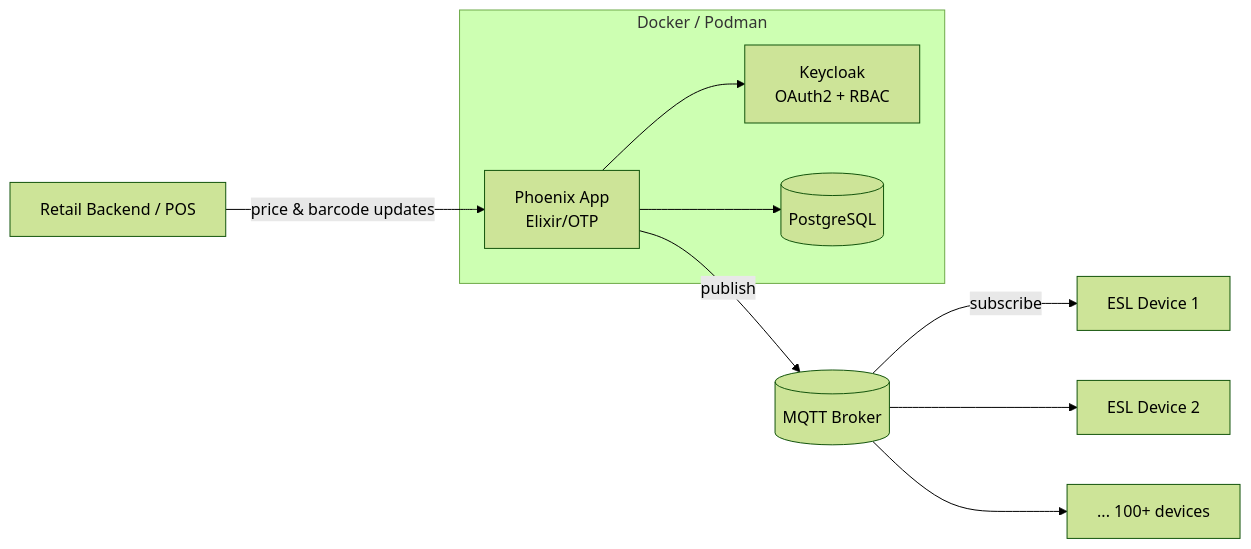
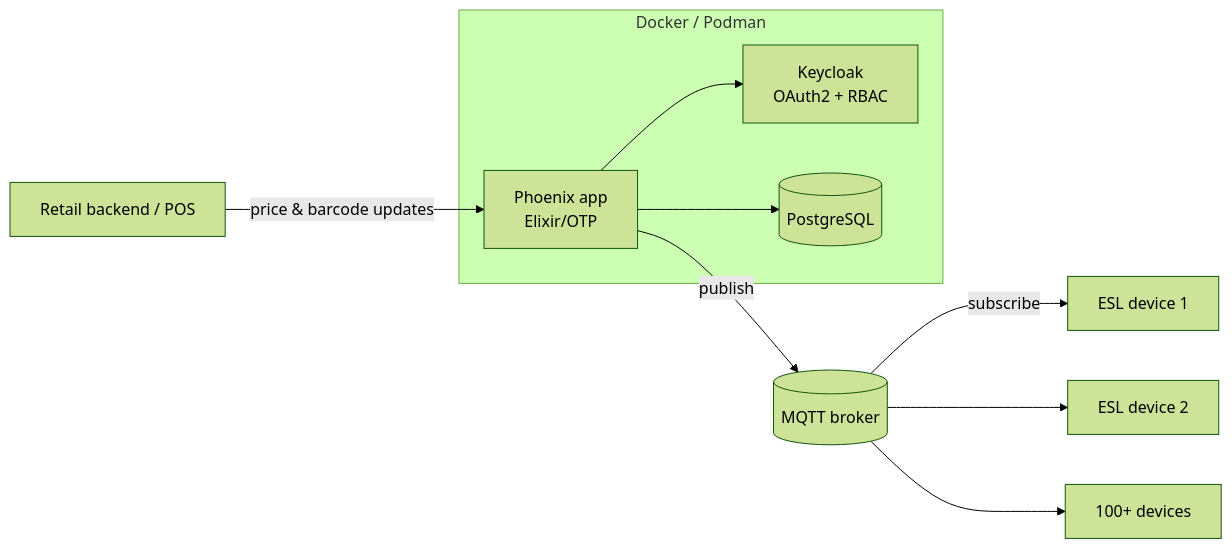
The diagram in README.md (zeus881/zeus881), drawn with Mermaid (forest theme) before and after one commit. The commit also changed other lines of this file, not shown here.

````diff
--- a/README.md
+++ b/README.md
@@ -124,15 +224,15 @@
 ```mermaid
 flowchart LR
-    A[Retail Backend / POS] -->|price & barcode updates| B[Phoenix App<br/>Elixir/OTP]
-    B -->|publish| C[(MQTT Broker)]
-    C -->|subscribe| D1[ESL Device 1]
-    C --> D2[ESL Device 2]
-    C --> D3[... 100+ devices]
+    A[Retail backend / POS] -->|price & barcode updates| B[Phoenix app<br/>Elixir/OTP]
+    B -->|publish| C[(MQTT broker)]
+    C -->|subscribe| D1[ESL device 1]
+    C --> D2[ESL device 2]
+    C --> D3[100+ devices]
     B --> E[Keycloak<br/>OAuth2 + RBAC]
     B --> F[(PostgreSQL)]
     subgraph Docker / Podman
       B
       E
       F
     end
 ```
````
